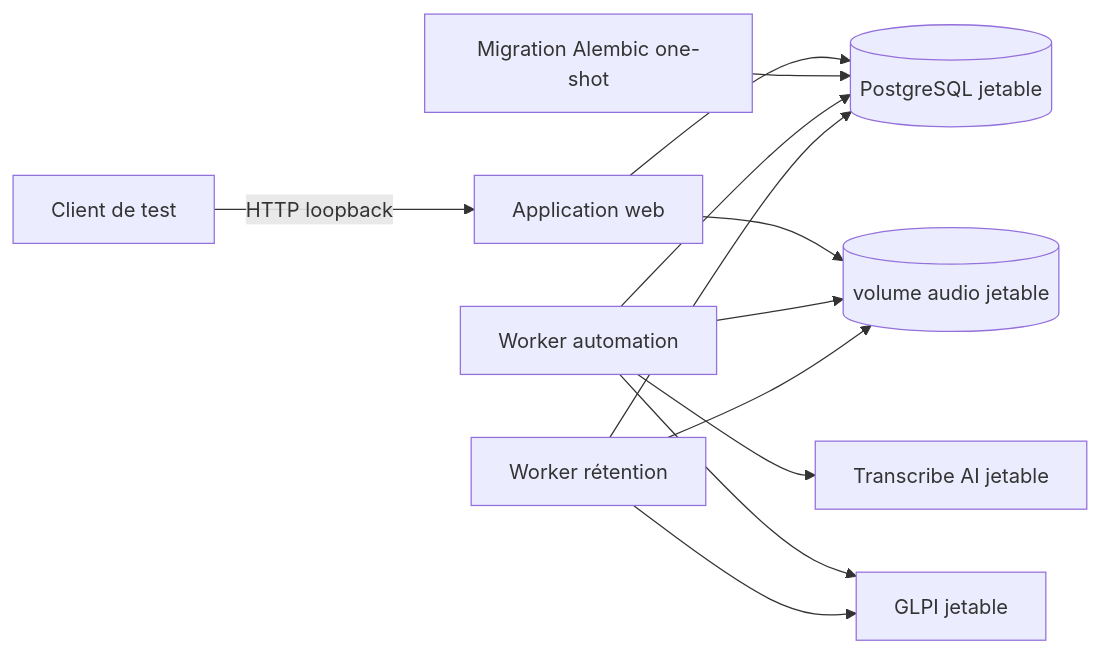
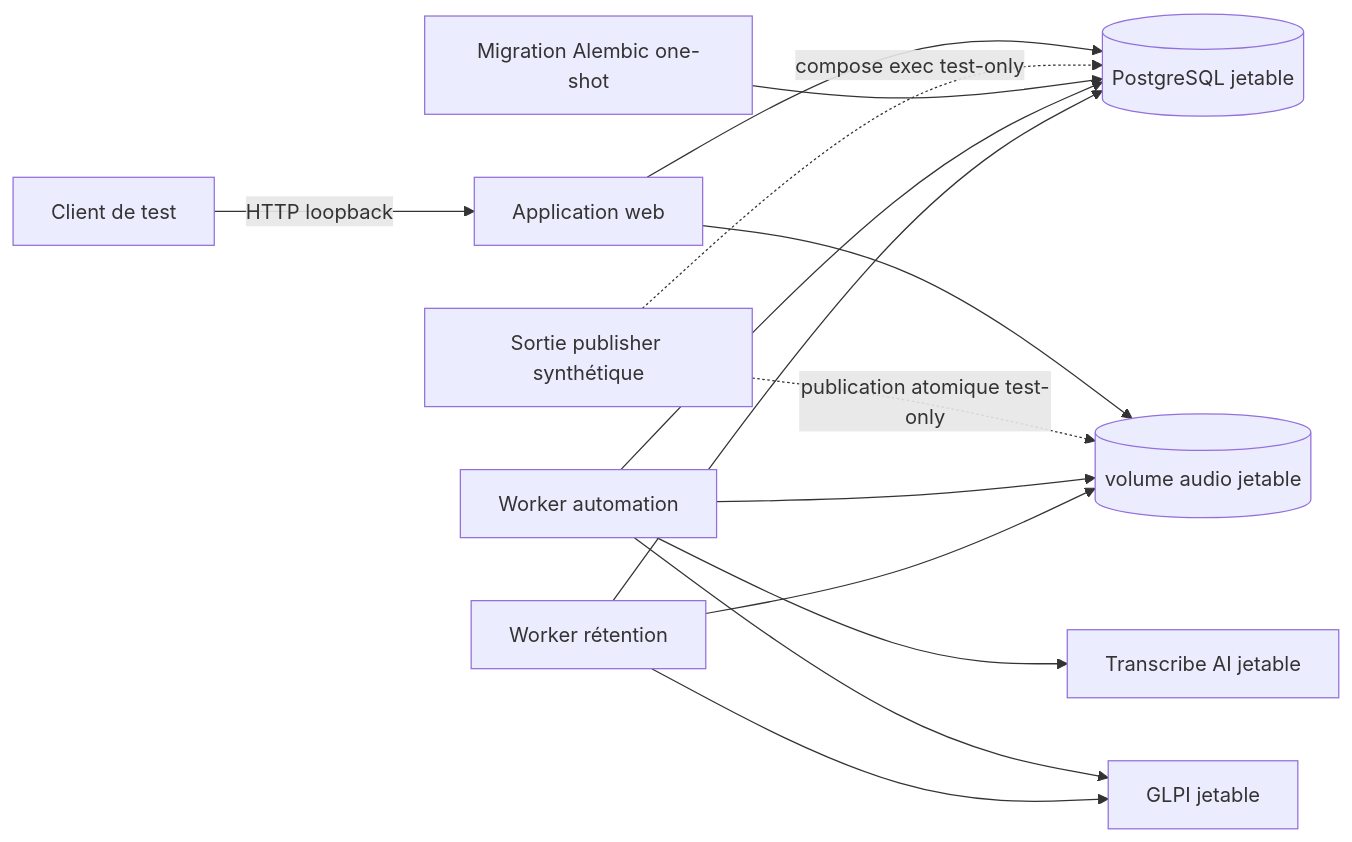
Before and after one commit to dev-vauclaire/mevo2glpi: the diagram in tests/e2e/README.md, drawn with Mermaid. The commit also changed other lines of this file and 10 other files, not shown here.

````diff
--- a/tests/e2e/README.md
+++ b/tests/e2e/README.md
@@ -9,16 +9,19 @@
 ```mermaid
 flowchart LR
     Client[Client de test] -->|HTTP loopback| Web[Application web]
     Web --> PostgreSQL[(PostgreSQL jetable)]
     Web --> Audio[(volume audio jetable)]
+
+    Seed[Sortie publisher synthétique] -.->|compose exec test-only| PostgreSQL
+    Seed -.->|publication atomique test-only| Audio
 
     Migration[Migration Alembic one-shot] --> PostgreSQL
     Automation[Worker automation] --> PostgreSQL
     Automation --> Audio
     Automation --> Transcribe[Transcribe AI jetable]
     Automation --> GLPI[GLPI jetable]
 
     Retention[Worker rétention] --> PostgreSQL
     Retention --> Audio
     Retention --> GLPI
 ```
````
